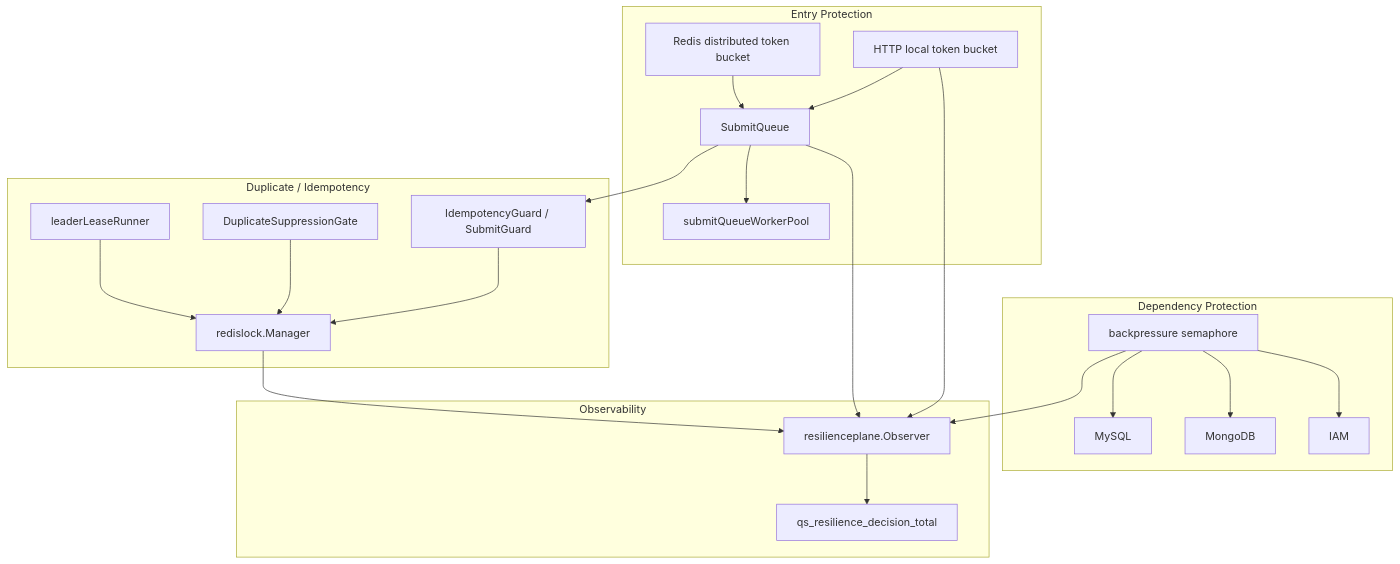
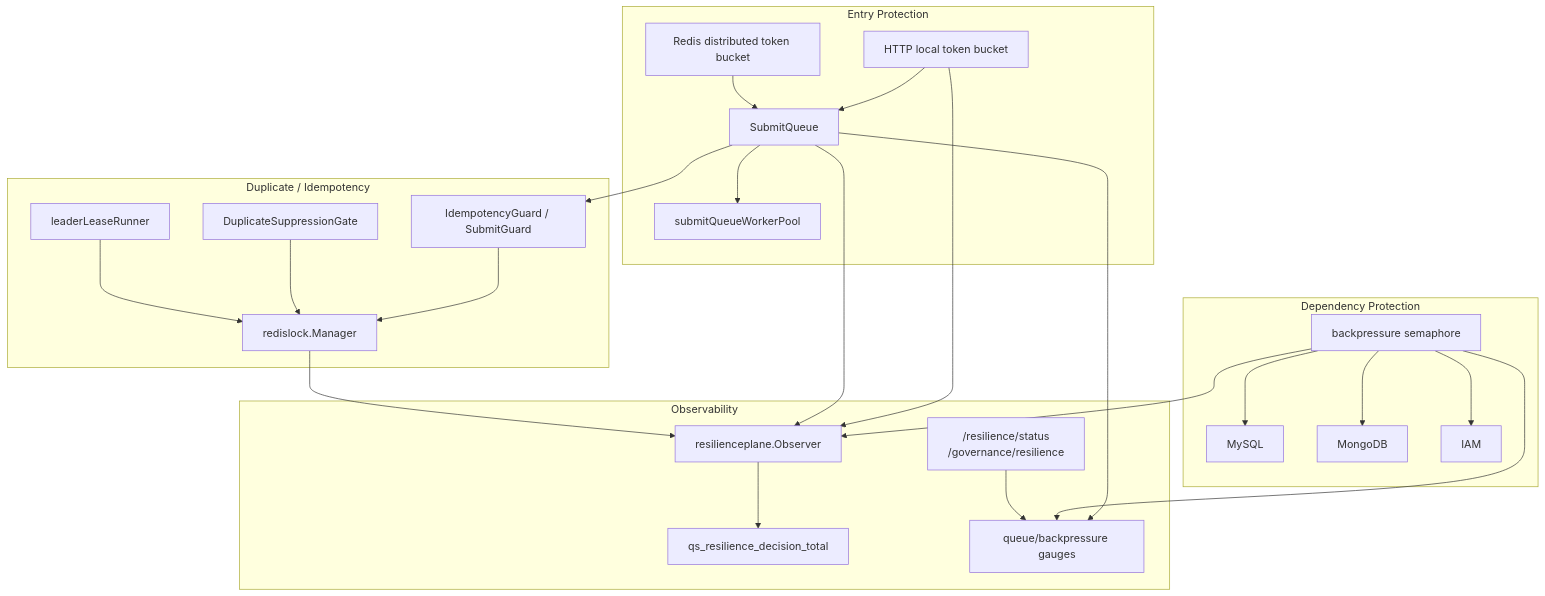
Before and after one commit to FangcunMount/qs-server: the first of 3 diagrams in docs/03-基础设施/resilience/00-整体架构.md, drawn with Mermaid. The commit also changed other lines of this file and 8 other files, not shown here.

````diff
--- a/docs/03-基础设施/resilience/00-整体架构.md
+++ b/docs/03-基础设施/resilience/00-整体架构.md
@@ -17,42 +17,47 @@
 ```mermaid
 flowchart TD
     subgraph Entry["Entry Protection"]
         http["HTTP local token bucket"]
         dist["Redis distributed token bucket"]
         queue["SubmitQueue"]
         pool["submitQueueWorkerPool"]
     end
 
     subgraph Dependency["Dependency Protection"]
         bp["backpressure semaphore"]
         mysql["MySQL"]
         mongo["MongoDB"]
         iam["IAM"]
     end
 
     subgraph Duplicate["Duplicate / Idempotency"]
         lease["redislock.Manager"]
         submit["IdempotencyGuard / SubmitGuard"]
         worker["DuplicateSuppressionGate"]
         leader["leaderLeaseRunner"]
     end
 
     subgraph Observe["Observability"]
         plane["resilienceplane.Observer"]
         metrics["qs_resilience_decision_total"]
+        state["queue/backpressure gauges"]
+        status["/resilience/status<br/>/governance/resilience"]
     end
 
     http --> queue --> pool
     dist --> queue
     queue --> submit --> lease
     bp --> mysql
     bp --> mongo
     bp --> iam
     worker --> lease
     leader --> lease
     http --> plane
     queue --> plane
     bp --> plane
     lease --> plane
     plane --> metrics
+    queue --> state
+    bp --> state
+    status --> state
 ```
````
